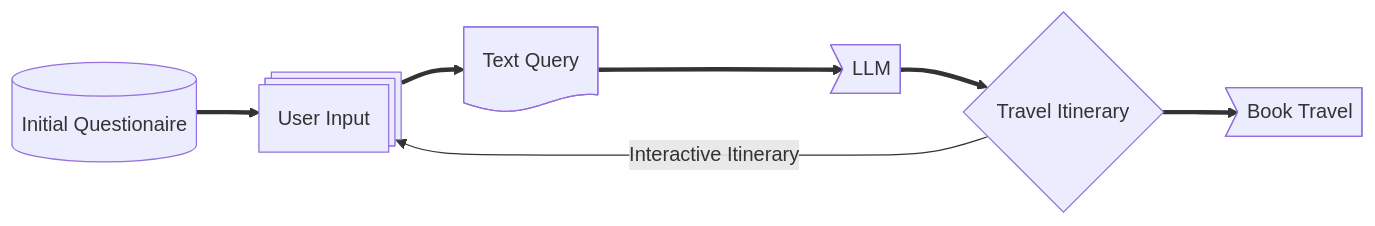
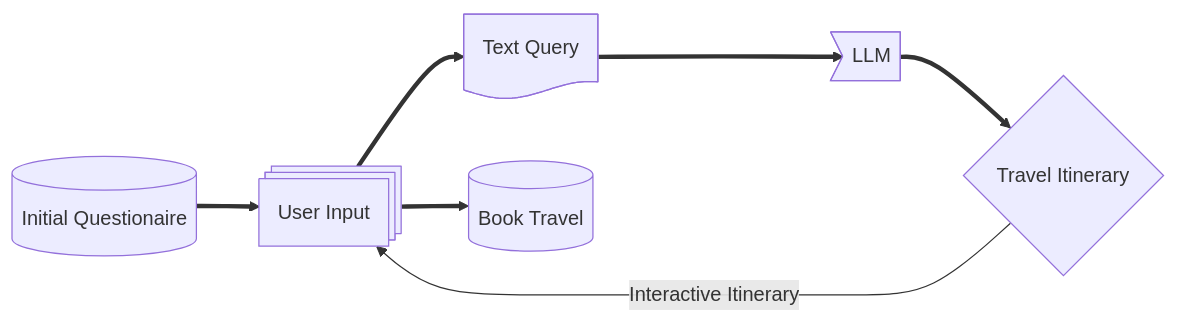
One commit to pjbrumm94/TravelApp changed the diagram in README.md. Above: the diagram before and after it, drawn with Mermaid.

````diff
--- a/README.md
+++ b/README.md
@@ -13,15 +13,21 @@
 ```mermaid
 flowchart LR;
-  In@{ shape: cyl, label: "Initial Questionaire" };
-  usr@{ shape : processes, label: "User Input" };
-  tq@{ shape: doc, label: "Text Query" };
-  LLM@{ shape: odd, label: "LLM" };
-  Iti@{ shape: diamond, label: "Travel Itinerary"};
+  userInputForm@{ shape: cyl, label: "Initial Questionaire" };
+  userPreferenceData@{ shape : processes, label: "User Input" };
+  userAggregateTextQuery@{ shape: doc, label: "Text Query" };
+  largeLanguageModel@{ shape: odd, label: "LLM" };
+  itineraryGenerated@{ shape: diamond, label: "Travel Itinerary"};
+  bookTravel@{ shape: cyl, label: "Book Travel" };
 
-  In ==> usr;
-  usr ==> tq;
-  tq ==> LLM;
-  LLM ==> Iti;
-  Iti -- Interactive Itinerary --> usr;
-  Iti ==> Trav>Book Travel];
+  userInputForm ==> userPreferenceData;
+
+  userPreferenceData ==> userAggregateTextQuery;
+
+  userAggregateTextQuery ==> largeLanguageModel;
+
+  largeLanguageModel ==> itineraryGenerated;
+
+  itineraryGenerated -- Interactive Itinerary --> userPreferenceData;
+
+  userPreferenceData ==> bookTravel;
 ```
````
